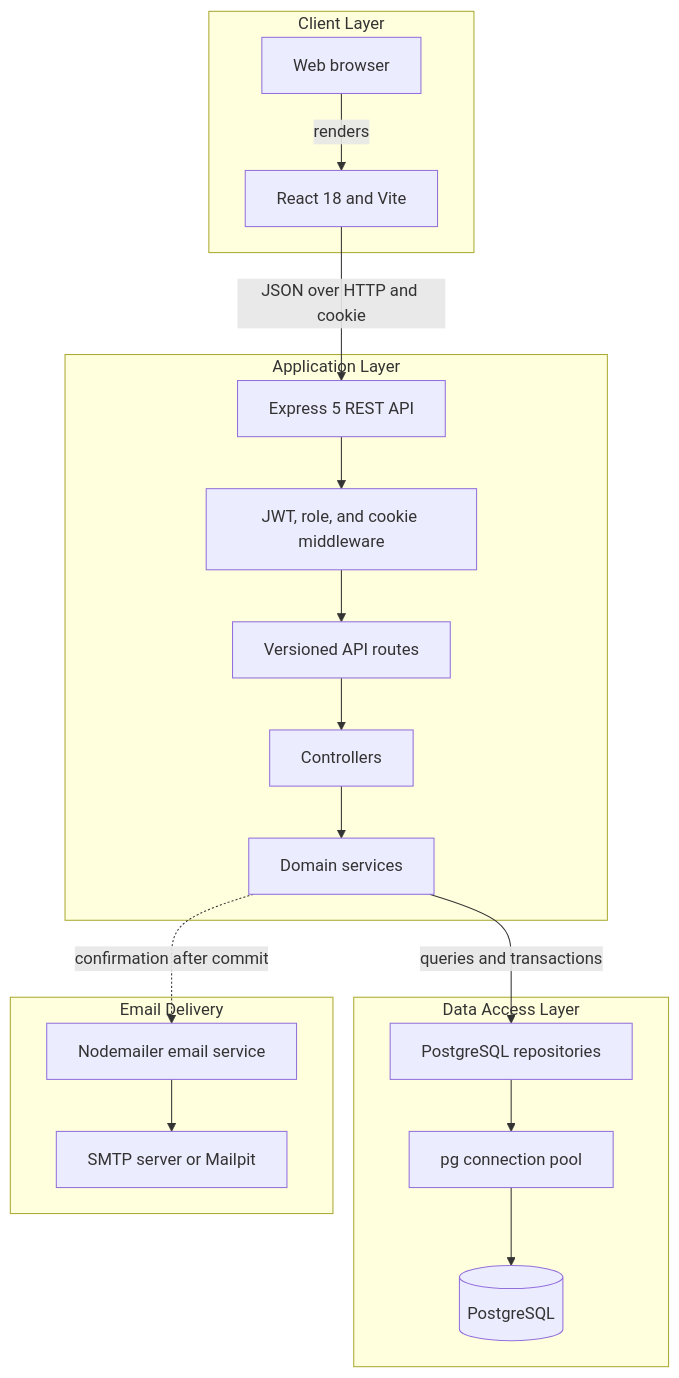
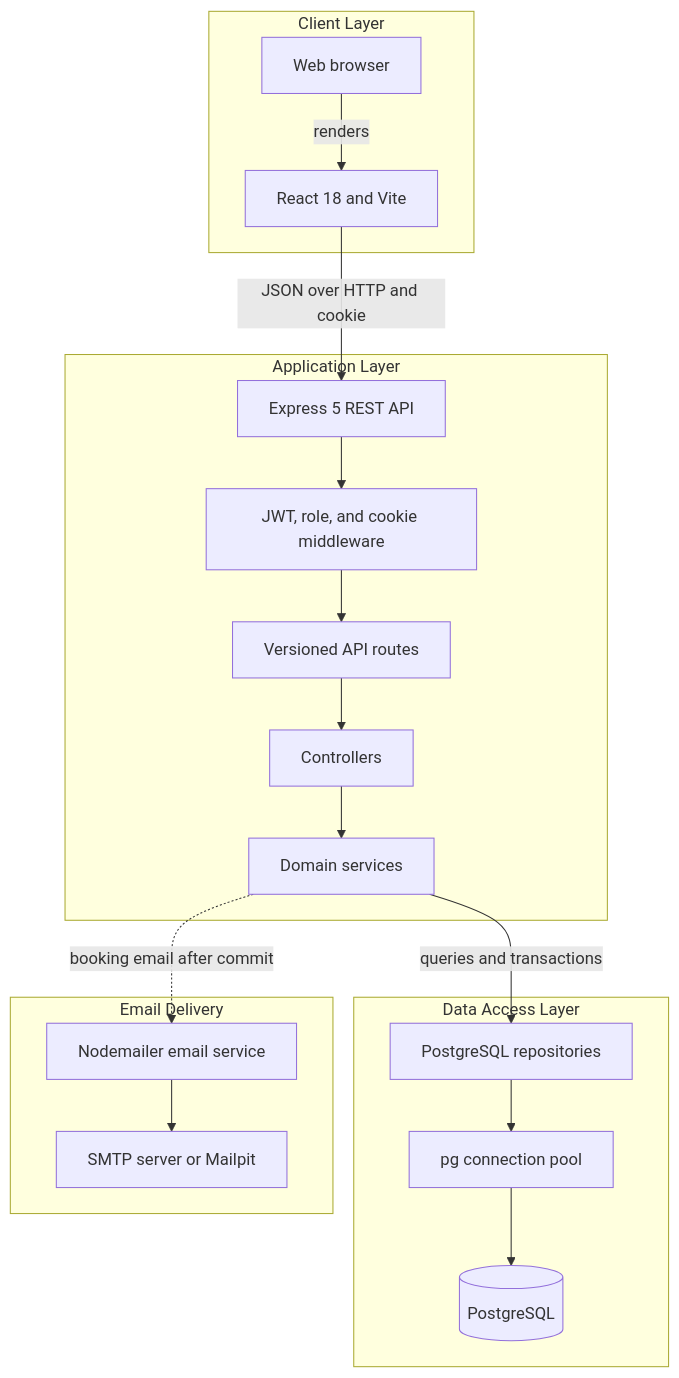
One commit to TEAM-09-SE2/SE2-MountainHut-Team09 changed the first of 2 diagrams in documentation/architecture-diagram.md. Above: the diagram before and after it, drawn with Mermaid. The commit also changed other lines of this file and 2 other files, not shown here.

````diff
--- a/documentation/architecture-diagram.md
+++ b/documentation/architecture-diagram.md
@@ -8,34 +8,34 @@
 ```mermaid
 flowchart TD
     subgraph ClientLayer["Client Layer"]
         BrowserA["Web browser"]
         FrontendA["React 18 and Vite"]
         BrowserA -->|"renders"| FrontendA
     end
     subgraph ApplicationLayer["Application Layer"]
         ExpressA["Express 5 REST API"]
         MiddlewareA["JWT, role, and cookie middleware"]
         RoutesA["Versioned API routes"]
         ControllersA["Controllers"]
         ServicesA["Domain services"]
         ExpressA --> MiddlewareA
         MiddlewareA --> RoutesA
         RoutesA --> ControllersA
         ControllersA --> ServicesA
     end
     subgraph DataLayer["Data Access Layer"]
         RepositoriesA["PostgreSQL repositories"]
         PoolA["pg connection pool"]
         DatabaseA[("PostgreSQL")]
         RepositoriesA --> PoolA
         PoolA --> DatabaseA
     end
     subgraph MessagingLayer["Email Delivery"]
         EmailA["Nodemailer email service"]
         SmtpA["SMTP server or Mailpit"]
         EmailA --> SmtpA
     end
     FrontendA -->|"JSON over HTTP and cookie"| ExpressA
     ServicesA -->|"queries and transactions"| RepositoriesA
-    ServicesA -.->|"confirmation after commit"| EmailA
+    ServicesA -.->|"booking email after commit"| EmailA
 ```
````
